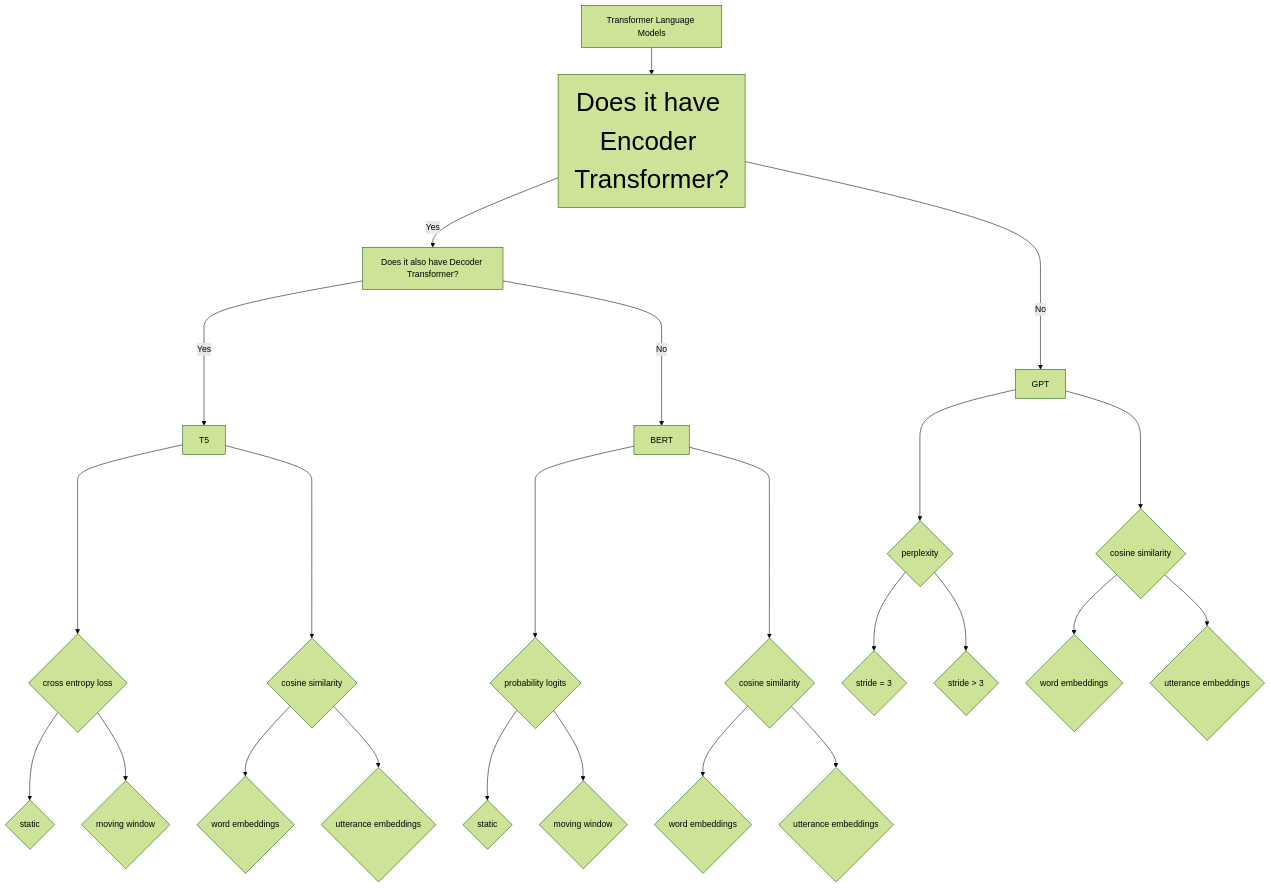
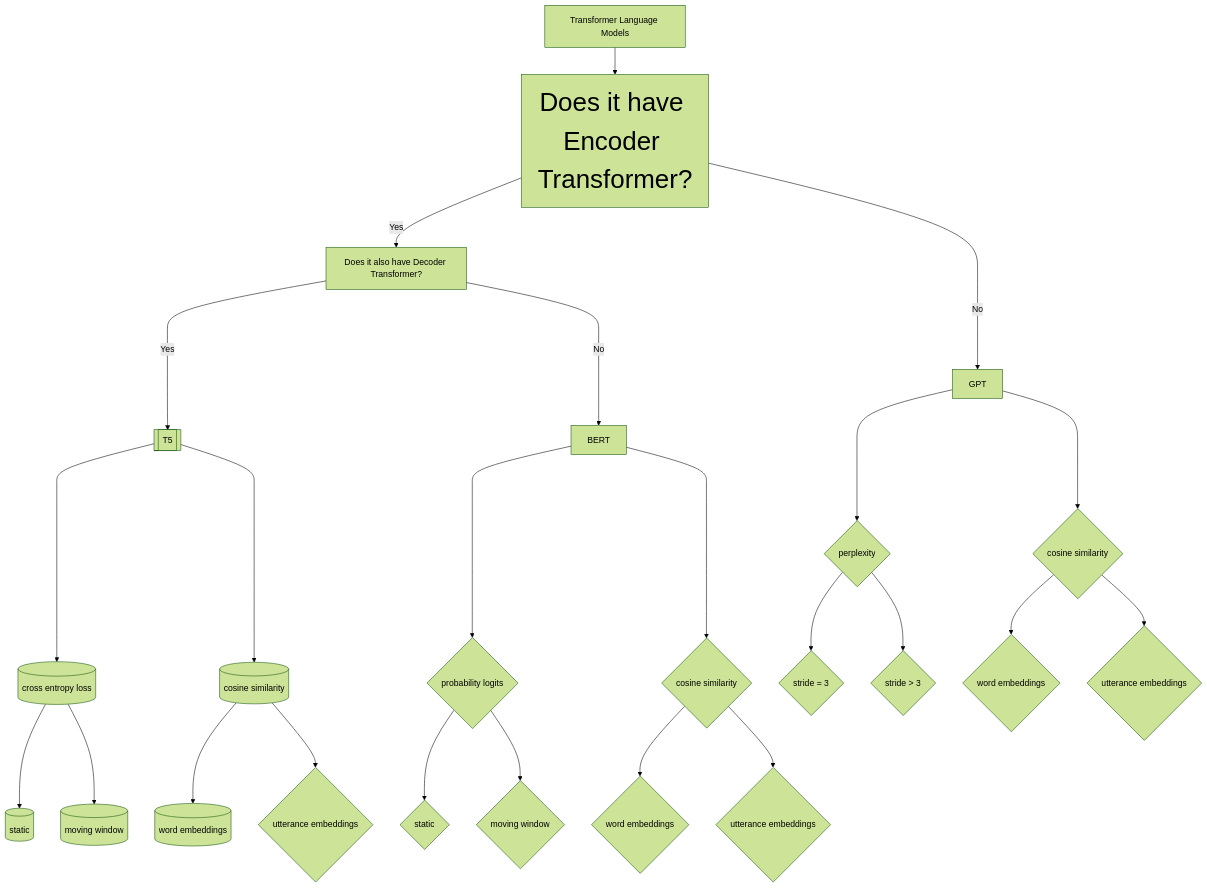
Before and after one commit to yancong222/SSD-LM-STanglab: the diagram in README.md, drawn with Mermaid (forest theme).

````diff
--- a/README.md
+++ b/README.md
@@ -4,29 +4,29 @@
 ```mermaid
 flowchart TD
     A[Transformer Language Models] --> B[<font size=24>Does it have Encoder Transformer?]
     B -- Yes --> C[Does it also have Decoder Transformer?]
-    C -- Yes ----> D[T5] ----> G{cross entropy loss}
-    G --> J{static} 
-    G --> K{moving window}
-    D ----> P{cosine similarity}
-    P --> Q{word embeddings}
+    C -- Yes ----> D[[T5]] ----> G[(cross entropy loss)]
+    G --> J[(static)]
+    G --> K[(moving window)]
+    D ----> P[(cosine similarity)]
+    P --> Q[(word embeddings)]
     P --> R{utterance embeddings}
     C -- No ----> E[BERT] ----> H{probability logits}
     H --> L{static} 
     H --> M{moving window}
     E ----> S{cosine similarity}
     S --> T{word embeddings}
     S --> U{utterance embeddings}
     B -- No ----> F[GPT] ----> I{perplexity}
     I --> N{stride = 3}
     I --> O{stride > 3}
     F ----> V{cosine similarity}
     V --> W{word embeddings}
     V --> X{utterance embeddings}
     click A "https://github.com/yancong222/scriptscz/blob/main/perplexity/ed_perplexity.py" _blank
     click B "http://www.github.com" "Open this in a new tab" _blank
     click C href "http://www.github.com" _blank
     click D href "http://www.github.com" "Open this in a new tab" _blank
     
 classDef className fill:#f9f,stroke:#333,stroke-width:4px
 ```
````
